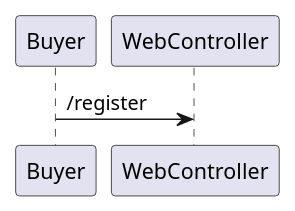
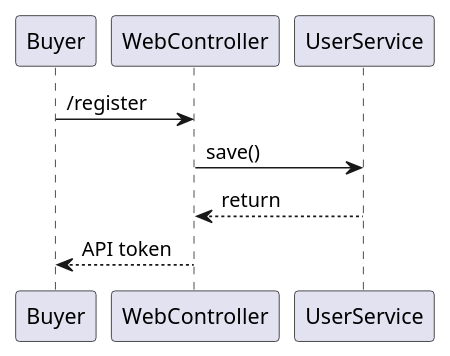
The diagram in src/main/resources/seq.register.puml (bladewheels/GildedRoseAPI), drawn with PlantUML before and after one commit.

Commit message:
Tweak sequence diagram for /register endpoint.

```diff
--- a/src/main/resources/seq.register.puml
+++ b/src/main/resources/seq.register.puml
@@ -1,3 +1,6 @@
 @startuml
 Buyer -> WebController : /register
+WebController -> UserService : save()
+WebController <-- UserService : return
+Buyer <-- WebController : API token
 @enduml
```
